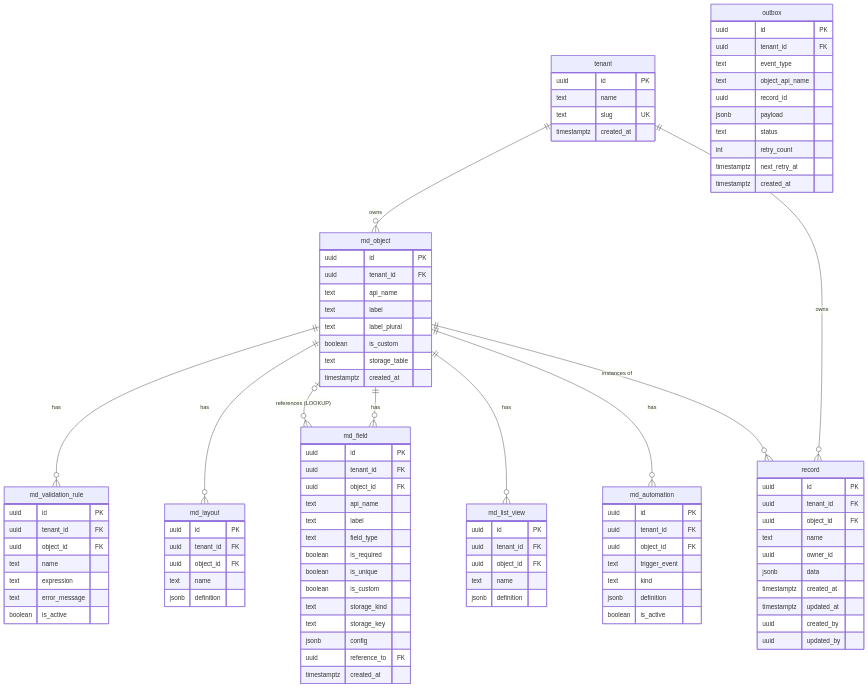
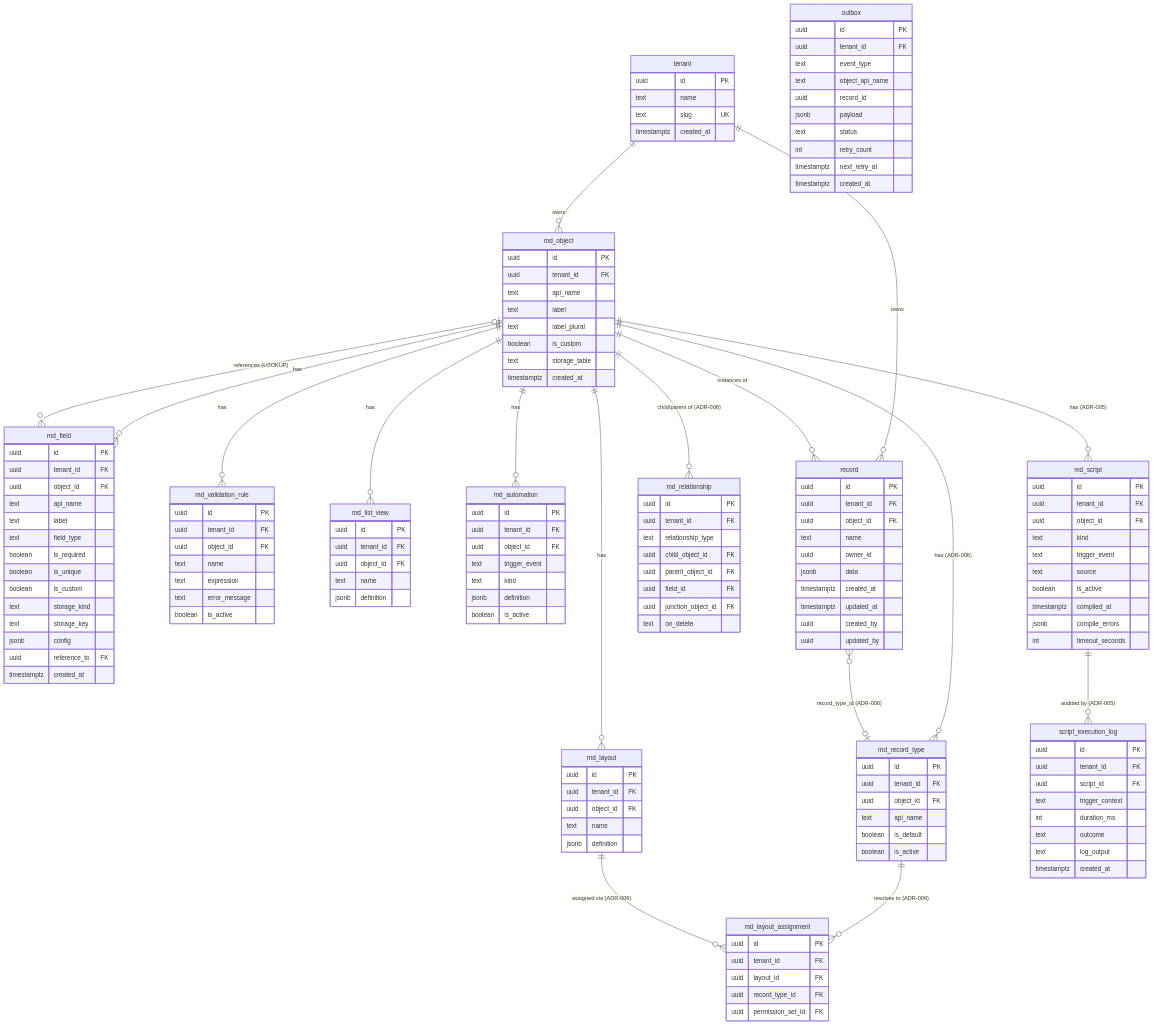
Diagram 17 of 20 in docs/ARCHITECTURE.md (hneyra/osc), drawn with Mermaid before and after one commit. The commit also changed other lines of this file and 15 other files, not shown here.

````diff
--- a/docs/ARCHITECTURE.md
+++ b/docs/ARCHITECTURE.md
@@ -743,6 +863,58 @@
         timestamptz created_at
     }
 
+    md_relationship {
+        uuid id PK
+        uuid tenant_id FK
+        text relationship_type
+        uuid child_object_id FK
+        uuid parent_object_id FK
+        uuid field_id FK
+        uuid junction_object_id FK
+        text on_delete
+    }
+
+    md_record_type {
+        uuid id PK
+        uuid tenant_id FK
+        uuid object_id FK
+        text api_name
+        boolean is_default
+        boolean is_active
+    }
+
+    md_layout_assignment {
+        uuid id PK
+        uuid tenant_id FK
+        uuid layout_id FK
+        uuid record_type_id FK
+        uuid permission_set_id FK
+    }
+
+    md_script {
+        uuid id PK
+        uuid tenant_id FK
+        uuid object_id FK
+        text kind
+        text trigger_event
+        text source
+        boolean is_active
+        timestamptz compiled_at
+        jsonb compile_errors
+        int timeout_seconds
+    }
+
+    script_execution_log {
+        uuid id PK
+        uuid tenant_id FK
+        uuid script_id FK
+        text trigger_context
+        int duration_ms
+        text outcome
+        text log_output
+        timestamptz created_at
+    }
+
     tenant ||--o{ md_object : "owns"
     tenant ||--o{ record : "owns"
     md_object ||--o{ md_field : "has"
@@ -751,5 +923,12 @@
     md_object ||--o{ md_list_view : "has"
     md_object ||--o{ md_automation : "has"
     md_object ||--o{ record : "instances of"
+    md_object ||--o{ md_record_type : "has (ADR-006)"
+    md_object ||--o{ md_relationship : "child/parent of (ADR-006)"
+    md_object ||--o{ md_script : "has (ADR-005)"
+    md_record_type ||--o{ md_layout_assignment : "resolves to (ADR-006)"
+    md_layout ||--o{ md_layout_assignment : "assigned via (ADR-006)"
+    record }o--o| md_record_type : "record_type_id (ADR-006)"
+    md_script ||--o{ script_execution_log : "audited by (ADR-005)"
     md_field }o--o| md_object : "references (LOOKUP)"
 ```
````
